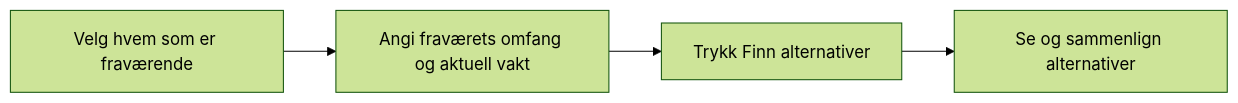
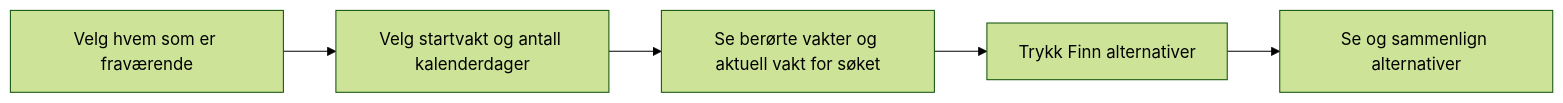
The diagram in _bmad-output/planning-artifacts/ux-designs/ux-G10-andreassen-lundberg-2026-10-31/.working/flow-fravaer-v1.md (IBE160-2026/G10-andreassen-lundberg), drawn with Mermaid (forest theme) before and after one commit. The commit also changed other lines of this file and 2 other files, not shown here.

Commit message:
SCRUM-47: bruk kalenderdager og vis berørte vakter

````diff
--- a/_bmad-output/planning-artifacts/ux-designs/ux-G10-andreassen-lundberg-2026-10-31/.working/flow-fravaer-v1.md
+++ b/_bmad-output/planning-artifacts/ux-designs/ux-G10-andreassen-lundberg-2026-10-31/.working/flow-fravaer-v1.md
@@ -7,6 +7,7 @@
 ```mermaid
 flowchart LR
-    A[Velg hvem som er fraværende] --> B[Angi fraværets omfang og aktuell vakt]
-    B --> C[Trykk Finn alternativer]
+    A[Velg hvem som er fraværende] --> B[Velg startvakt og antall kalenderdager]
+    B --> E[Se berørte vakter og aktuell vakt for søket]
+    E --> C[Trykk Finn alternativer]
     C --> D[Se og sammenlign alternativer]
 ```
````
